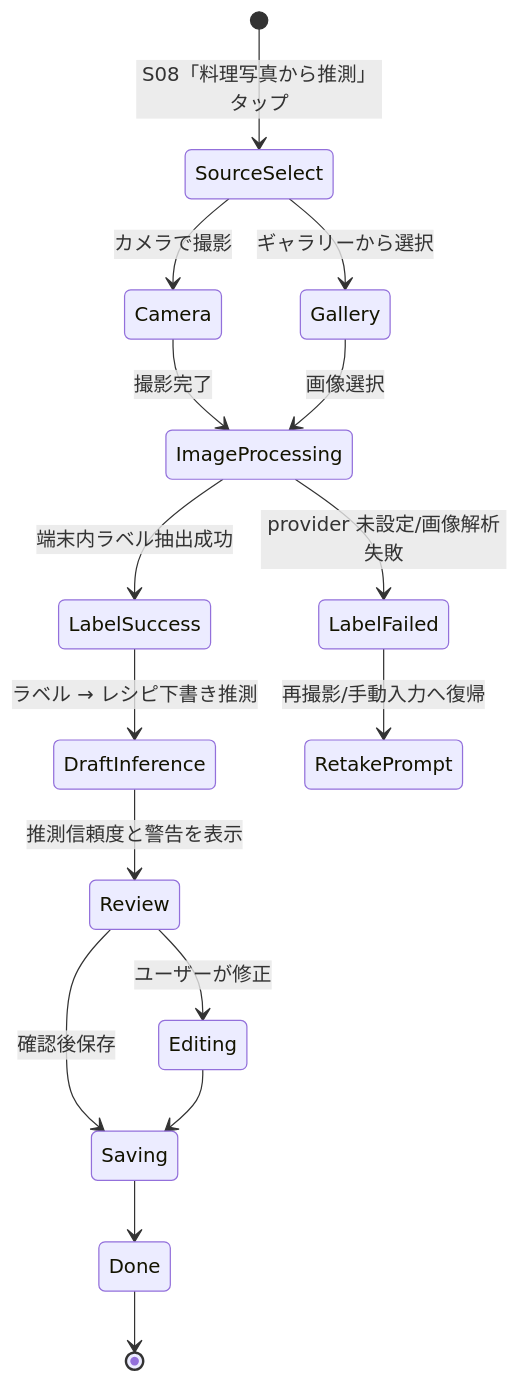
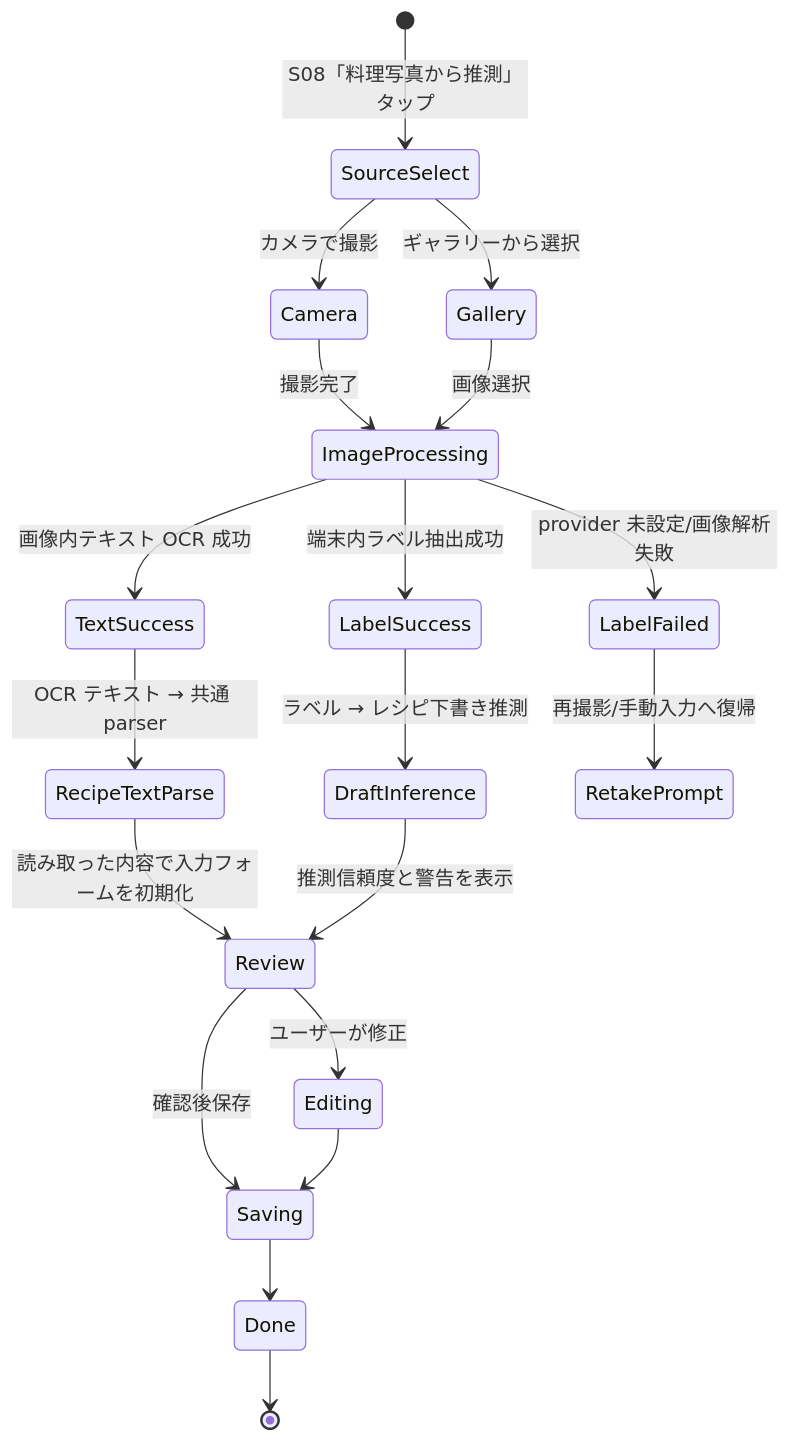
The third of 5 diagrams in docs/レシピ作成フロー.md (keisato848/daidoko), drawn with Mermaid before and after one commit. The commit also changed other lines of this file and 110 other files, not shown here.

````diff
--- a/docs/レシピ作成フロー.md
+++ b/docs/レシピ作成フロー.md
@@ -448,18 +448,21 @@
 ```mermaid
 stateDiagram-v2
     [*] --> SourceSelect : S08「料理写真から推測」タップ
     SourceSelect --> Camera : カメラで撮影
     SourceSelect --> Gallery : ギャラリーから選択
     Camera --> ImageProcessing : 撮影完了
     Gallery --> ImageProcessing : 画像選択
     ImageProcessing --> LabelSuccess : 端末内ラベル抽出成功
+    ImageProcessing --> TextSuccess : 画像内テキスト OCR 成功
     ImageProcessing --> LabelFailed : provider 未設定/画像解析失敗
+    TextSuccess --> RecipeTextParse : OCR テキスト → 共通 parser
+    RecipeTextParse --> Review : 読み取った内容で入力フォームを初期化
     LabelSuccess --> DraftInference : ラベル → レシピ下書き推測
     DraftInference --> Review : 推測信頼度と警告を表示
     LabelFailed --> RetakePrompt : 再撮影/手動入力へ復帰
     Review --> Editing : ユーザーが修正
     Review --> Saving : 確認後保存
     Editing --> Saving
     Saving --> Done
     Done --> [*]
 ```
````
